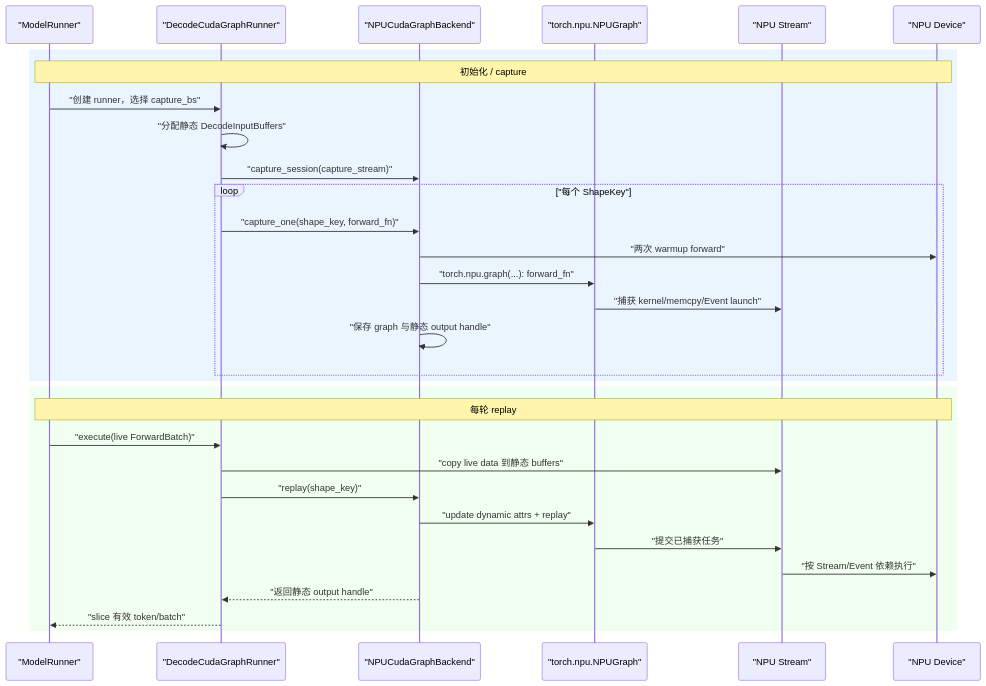
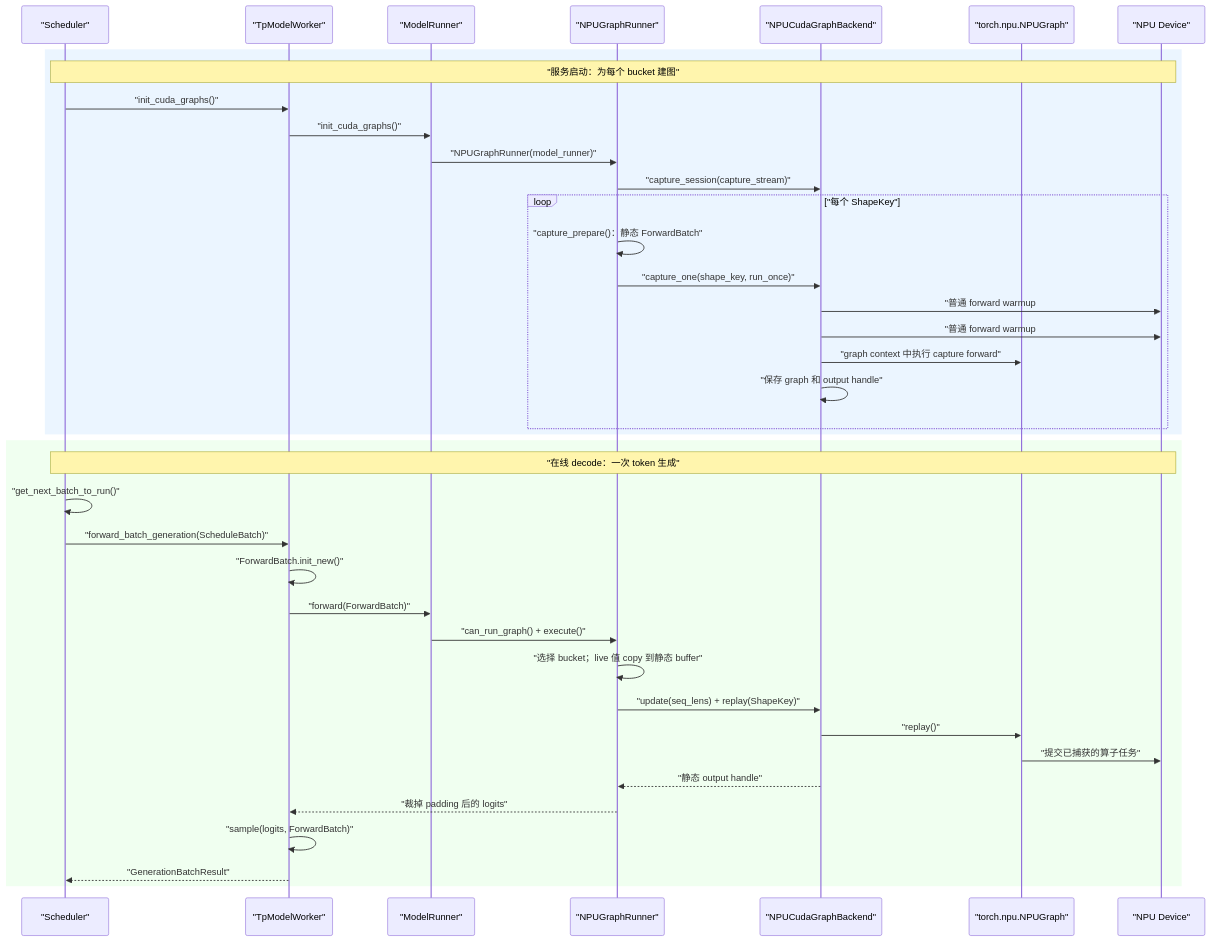
One commit to cl-vv-h/SGLang_Tutor changed the third of 3 diagrams in learning/zh/sglang-ascend-npu/source-code-walkthrough/05-npu-graph-and-compilation.md. Above: the diagram before and after it, drawn with Mermaid. The commit also changed other lines of this file and 1 other file, not shown here.

Commit message:
docs: deepen NPU graph warmup and call flow

````diff
--- a/learning/zh/sglang-ascend-npu/source-code-walkthrough/05-npu-graph-and-compilation.md
+++ b/learning/zh/sglang-ascend-npu/source-code-walkthrough/05-npu-graph-and-compilation.md
@@ -593,35 +931,43 @@
 ```mermaid
 sequenceDiagram
+  participant SCH as "Scheduler"
+  participant TP as "TpModelWorker"
   participant MR as "ModelRunner"
-  participant DR as "DecodeCudaGraphRunner"
+  participant DR as "NPUGraphRunner"
   participant NB as "NPUCudaGraphBackend"
-  participant TG as "torch.npu.NPUGraph"
-  participant S as "NPU Stream"
-  participant N as "NPU Device"
+  participant G as "torch.npu.NPUGraph"
+  participant NPU as "NPU Device"
 
   rect rgb(235,245,255)
-    Note over MR,N: 初始化 / capture
-    MR->>DR: "创建 runner，选择 capture_bs"
-    DR->>DR: "分配静态 DecodeInputBuffers"
+    Note over SCH,NPU: "服务启动：为每个 bucket 建图"
+    SCH->>TP: "init_cuda_graphs()"
+    TP->>MR: "init_cuda_graphs()"
+    MR->>DR: "NPUGraphRunner(model_runner)"
     DR->>NB: "capture_session(capture_stream)"
     loop "每个 ShapeKey"
-      DR->>NB: "capture_one(shape_key, forward_fn)"
-      NB->>N: "两次 warmup forward"
-      NB->>TG: "torch.npu.graph(...): forward_fn"
-      TG->>S: "捕获 kernel/memcpy/Event launch"
-      NB->>NB: "保存 graph 与静态 output handle"
+      DR->>DR: "capture_prepare()：静态 ForwardBatch"
+      DR->>NB: "capture_one(shape_key, run_once)"
+      NB->>NPU: "普通 forward warmup #1"
+      NB->>NPU: "普通 forward warmup #2"
+      NB->>G: "graph context 中执行 capture forward"
+      NB->>NB: "保存 graph 和 output handle"
     end
   end
 
   rect rgb(240,255,240)
-    Note over MR,N: 每轮 replay
-    MR->>DR: "execute(live ForwardBatch)"
-    DR->>S: "copy live data 到静态 buffers"
-    DR->>NB: "replay(shape_key)"
-    NB->>TG: "update dynamic attrs + replay"
-    TG->>S: "提交已捕获任务"
-    S->>N: "按 Stream/Event 依赖执行"
-    NB-->>DR: "返回静态 output handle"
-    DR-->>MR: "slice 有效 token/batch"
+    Note over SCH,NPU: "在线 decode：一次 token 生成"
+    SCH->>SCH: "get_next_batch_to_run()"
+    SCH->>TP: "forward_batch_generation(ScheduleBatch)"
+    TP->>TP: "ForwardBatch.init_new()"
+    TP->>MR: "forward(ForwardBatch)"
+    MR->>DR: "can_run_graph() + execute()"
+    DR->>DR: "选择 bucket；live 值 copy 到静态 buffer"
+    DR->>NB: "update(seq_lens) + replay(ShapeKey)"
+    NB->>G: "replay()"
+    G->>NPU: "提交已捕获的算子任务"
+    NB-->>DR: "静态 output handle"
+    DR-->>TP: "裁掉 padding 后的 logits"
+    TP->>TP: "sample(logits, ForwardBatch)"
+    TP-->>SCH: "GenerationBatchResult"
   end
 ```
````
